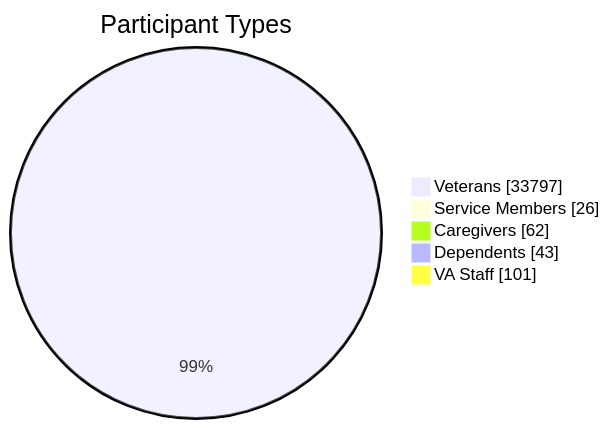
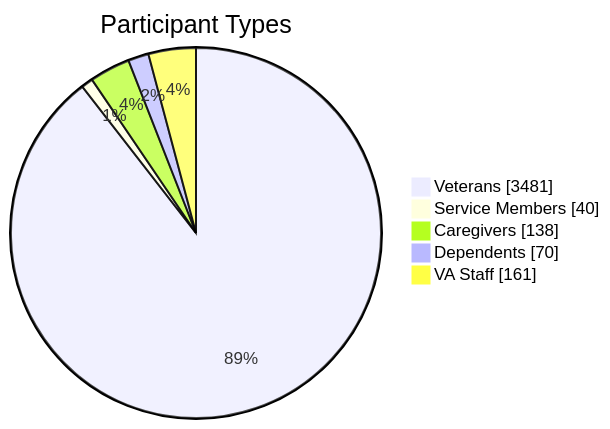
One commit to Ninjaneer321/va.gov-team changed the first of 6 diagrams in historical-participant-data-summary-2017-2025.md. Above: the diagram before and after it, drawn with Mermaid. The commit also changed other lines of this file and 3 other files, not shown here.

````diff
--- a/historical-participant-data-summary-2017-2025.md
+++ b/historical-participant-data-summary-2017-2025.md
@@ -34,8 +34,8 @@
 ```mermaid
 pie showData title Participant Types
-    "Veterans" : 33797
-    "Service Members" : 26
-    "Caregivers" : 62
-    "Dependents" : 43
-    "VA Staff" : 101
+    "Veterans" : 3481
+    "Service Members" : 40
+    "Caregivers" : 138
+    "Dependents" : 70
+    "VA Staff" : 161
 ```
````
